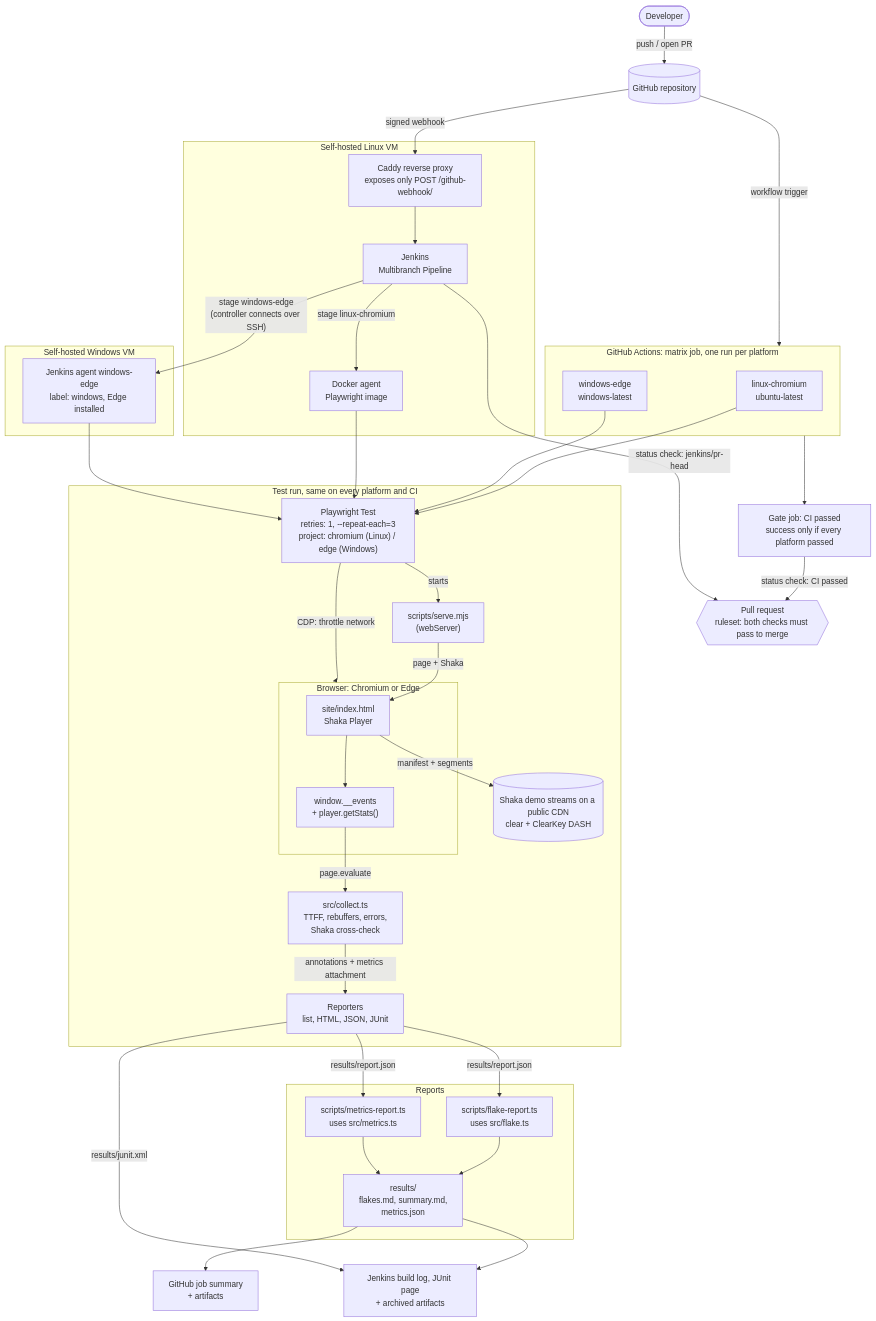
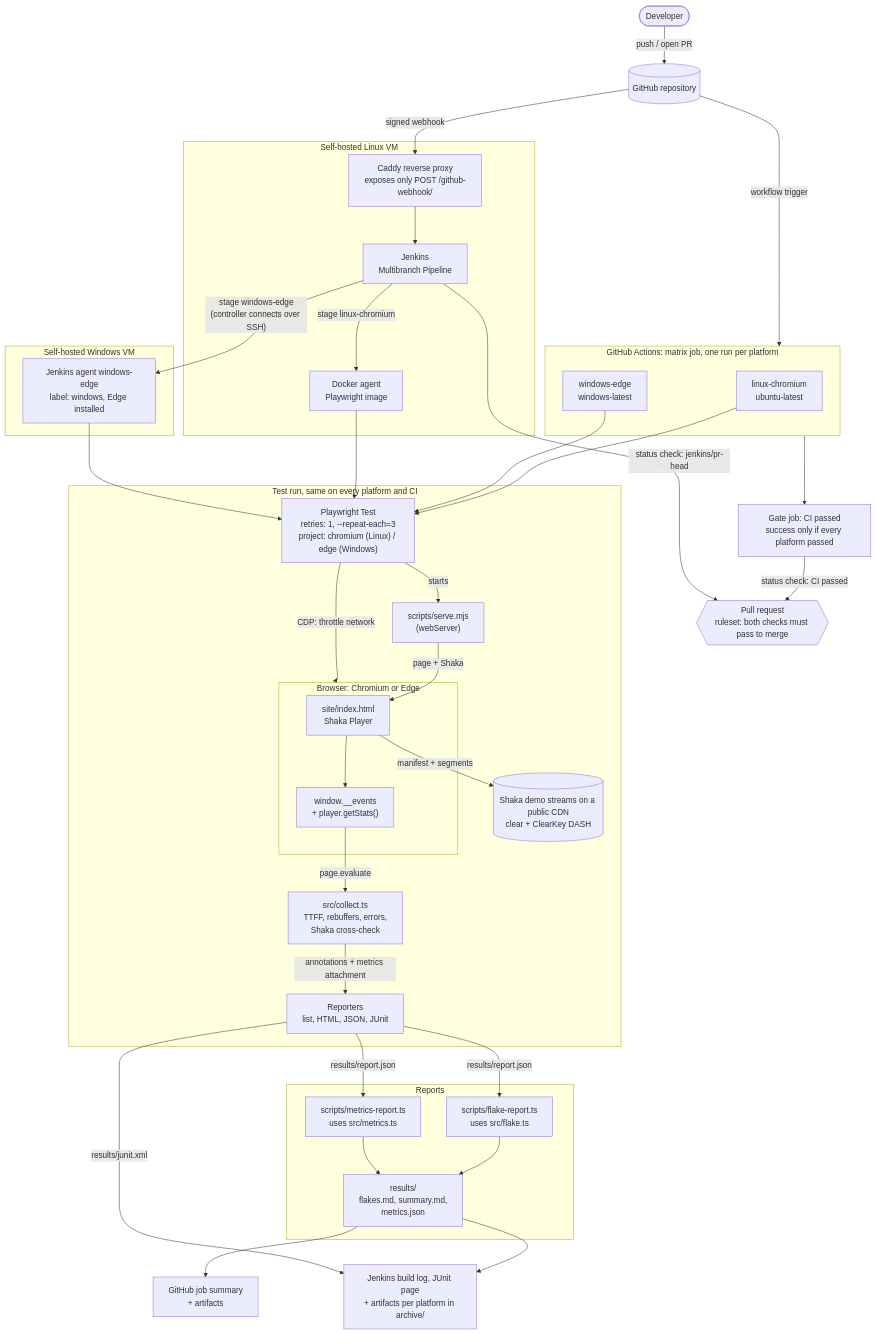
Before and after one commit to tsuls/Playback-test-harness: the diagram in README.md, drawn with Mermaid. The commit also changed other lines of this file and 2 other files, not shown here.

````diff
--- a/README.md
+++ b/README.md
@@ -23,68 +23,68 @@
 ```mermaid
 flowchart TB
   dev([Developer]) -- "push / open PR" --> gh[("GitHub repository")]
 
   gh -- "workflow trigger" --> gha
 
   subgraph gha ["GitHub Actions: matrix job, one run per platform"]
     linux["linux-chromium<br/>ubuntu-latest"]
     win["windows-edge<br/>windows-latest"]
   end
   gha --> gate["Gate job: CI passed<br/>success only if every platform passed"]
 
   gh -- "signed webhook" --> caddy
 
   subgraph vm ["Self-hosted Linux VM"]
     caddy["Caddy reverse proxy<br/>exposes only POST /github-webhook/"] --> jenkins["Jenkins<br/>Multibranch Pipeline"]
     jenkins -- "stage linux-chromium" --> agent["Docker agent<br/>Playwright image"]
   end
 
   subgraph winvm ["Self-hosted Windows VM"]
     winagent["Jenkins agent windows-edge<br/>label: windows, Edge installed"]
   end
   jenkins -- "stage windows-edge<br/>(controller connects over SSH)" --> winagent
 
   linux --> runner
   win --> runner
   agent --> runner
   winagent --> runner
 
   cdn[("Shaka demo streams on a public CDN<br/>clear + ClearKey DASH")]
 
   subgraph run ["Test run, same on every platform and CI"]
     runner["Playwright Test<br/>retries: 1, --repeat-each=3<br/>project: chromium (Linux) / edge (Windows)"]
     server["scripts/serve.mjs<br/>(webServer)"]
     subgraph chromium ["Browser: Chromium or Edge"]
       page["site/index.html<br/>Shaka Player"]
       events["window.__events<br/>+ player.getStats()"]
       page --> events
     end
     collect["src/collect.ts<br/>TTFF, rebuffers, errors,<br/>Shaka cross-check"]
     reporters["Reporters<br/>list, HTML, JSON, JUnit"]
 
     runner -- starts --> server
     server -- "page + Shaka" --> page
     page -- "manifest + segments" --> cdn
     runner -- "CDP: throttle network" --> chromium
     events -- "page.evaluate" --> collect
     collect -- "annotations + metrics attachment" --> reporters
   end
 
   subgraph reports ["Reports"]
     flake["scripts/flake-report.ts<br/>uses src/flake.ts"]
     metrics["scripts/metrics-report.ts<br/>uses src/metrics.ts"]
     out["results/<br/>flakes.md, summary.md,<br/>metrics.json"]
     flake --> out
     metrics --> out
   end
 
   reporters -- "results/report.json" --> flake
   reporters -- "results/report.json" --> metrics
 
   out --> ghsum["GitHub job summary<br/>+ artifacts"]
-  out --> jart["Jenkins build log, JUnit page<br/>+ archived artifacts"]
+  out --> jart["Jenkins build log, JUnit page<br/>+ artifacts per platform in archive/"]
   reporters -- "results/junit.xml" --> jart
 
   gate -- "status check: CI passed" --> pr{{"Pull request<br/>ruleset: both checks must pass to merge"}}
   jenkins -- "status check: jenkins/pr-head" --> pr
 ```
````
